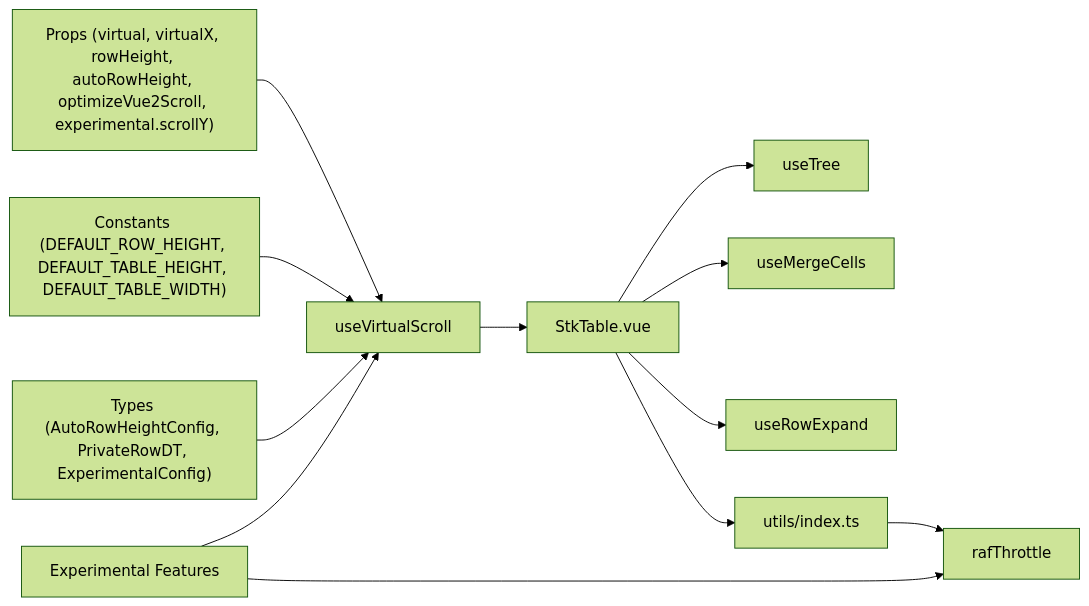
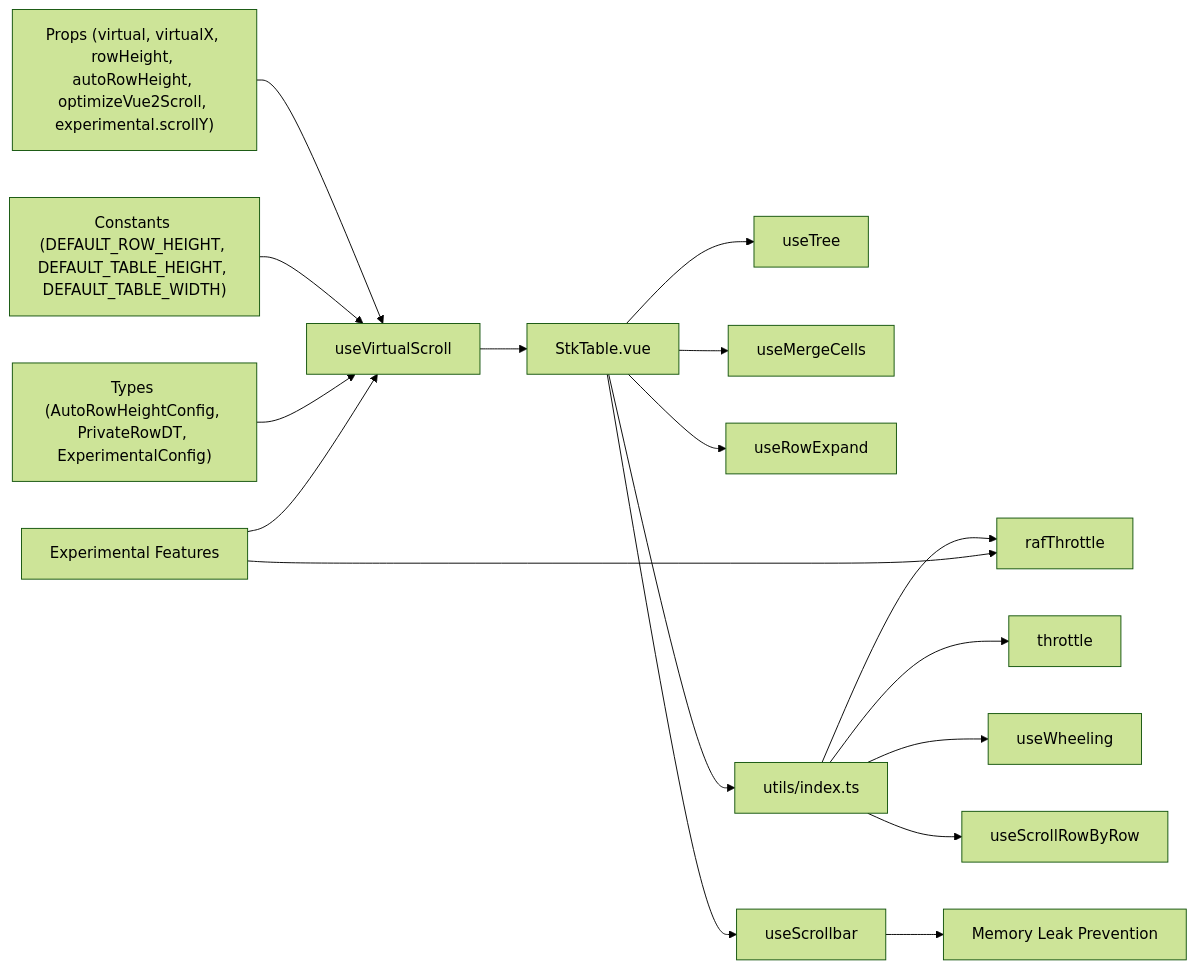
The sixth of 6 diagrams in .qoder/repowiki/en/content/Core Concepts/Virtual Scrolling/Virtual Scroll Configuration.md (ja-plus/stk-table-vue), drawn with Mermaid (forest theme) before and after one commit. The commit also changed other lines of this file and 3 other files, not shown here.

````diff
--- a/.qoder/repowiki/en/content/Core Concepts/Virtual Scrolling/Virtual Scroll Configuration.md
+++ b/.qoder/repowiki/en/content/Core Concepts/Virtual Scrolling/Virtual Scroll Configuration.md
@@ -368,14 +451,19 @@
 ```mermaid
 graph LR
 Props["Props (virtual, virtualX, rowHeight, autoRowHeight, optimizeVue2Scroll, experimental.scrollY)"] --> Hook["useVirtualScroll"]
 Const["Constants (DEFAULT_ROW_HEIGHT, DEFAULT_TABLE_HEIGHT, DEFAULT_TABLE_WIDTH)"] --> Hook
 Types["Types (AutoRowHeightConfig, PrivateRowDT, ExperimentalConfig)"] --> Hook
 Hook --> Table["StkTable.vue"]
 Table --> Tree["useTree"]
 Table --> Merge["useMergeCells"]
 Table --> Expand["useRowExpand"]
 Table --> Utils["utils/index.ts"]
+Table --> Scrollbar["useScrollbar"]
 Utils --> RAF["rafThrottle"]
+Utils --> THROTTLE["throttle"]
+Utils --> WHEELING["useWheeling"]
+Utils --> SRBR["useScrollRowByRow"]
+Scrollbar --> CLEANUP["Memory Leak Prevention"]
 Experimental["Experimental Features"] --> Hook
 Experimental --> RAF
 ```
````
